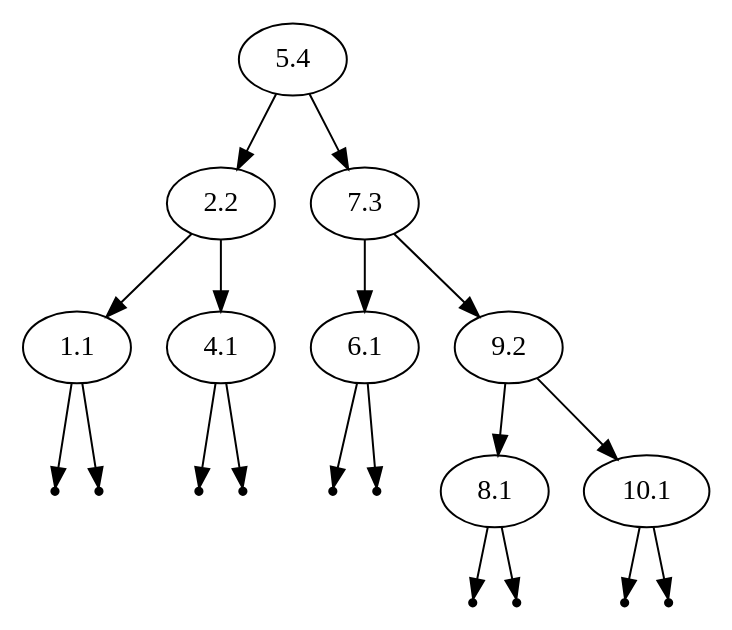
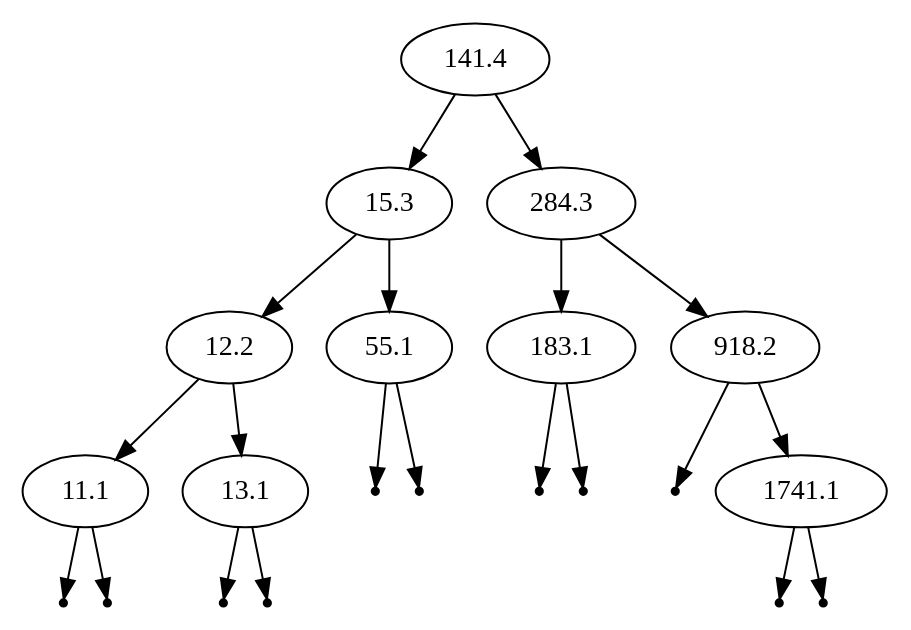
Before and after one commit to Yorlend/TaDS: the diagram in lab_06/avl.dot, drawn with Graphviz. The commit also changed 20 other files, not shown here.

```diff
--- a/lab_06/avl.dot
+++ b/lab_06/avl.dot
@@ -1,30 +1,33 @@
 digraph g {
-    5.4 -> 2.2;
-    2.2 -> 1.1;
-    null10 [shape=point];
-    1.1 -> null10;
-    null11 [shape=point];
-    1.1 -> null11;
-    2.2 -> 4.1;
-    null12 [shape=point];
-    4.1 -> null12;
-    null13 [shape=point];
-    4.1 -> null13;
-    5.4 -> 7.3;
-    7.3 -> 6.1;
-    null14 [shape=point];
-    6.1 -> null14;
-    null15 [shape=point];
-    6.1 -> null15;
-    7.3 -> 9.2;
-    9.2 -> 8.1;
-    null16 [shape=point];
-    8.1 -> null16;
-    null17 [shape=point];
-    8.1 -> null17;
-    9.2 -> 10.1;
-    null18 [shape=point];
-    10.1 -> null18;
-    null19 [shape=point];
-    10.1 -> null19;
+    141.4 -> 15.3;
+    15.3 -> 12.2;
+    12.2 -> 11.1;
+    null35 [shape=point];
+    11.1 -> null35;
+    null36 [shape=point];
+    11.1 -> null36;
+    12.2 -> 13.1;
+    null37 [shape=point];
+    13.1 -> null37;
+    null38 [shape=point];
+    13.1 -> null38;
+    15.3 -> 55.1;
+    null39 [shape=point];
+    55.1 -> null39;
+    null40 [shape=point];
+    55.1 -> null40;
+    141.4 -> 284.3;
+    284.3 -> 183.1;
+    null41 [shape=point];
+    183.1 -> null41;
+    null42 [shape=point];
+    183.1 -> null42;
+    284.3 -> 918.2;
+    null43 [shape=point];
+    918.2 -> null43;
+    918.2 -> 1741.1;
+    null44 [shape=point];
+    1741.1 -> null44;
+    null45 [shape=point];
+    1741.1 -> null45;
 }
```
